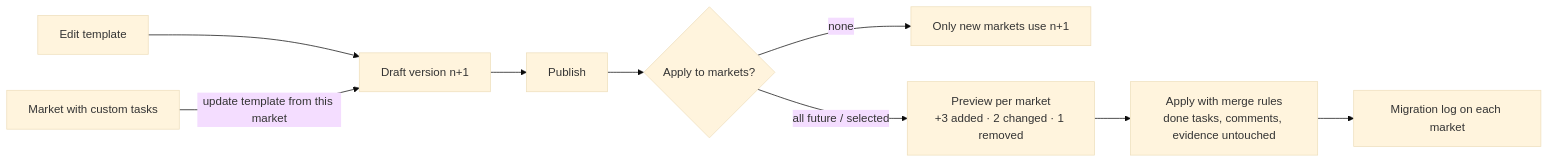
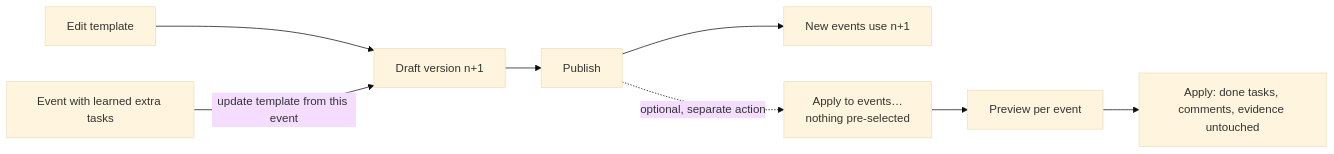
Before and after one commit to coelln-konzept/marktwerk: the fifth of 12 diagrams in docs/product/user-flows.md, drawn with Mermaid (base theme). The commit also changed other lines of this file and 36 other files, not shown here.

````diff
--- a/docs/product/user-flows.md
+++ b/docs/product/user-flows.md
@@ -55,11 +76,10 @@
 ```mermaid
 flowchart LR
     E[Edit template] --> DR[Draft version n+1]
     DR --> PUB[Publish]
-    PUB --> Q{Apply to markets?}
-    Q -->|none| END[Only new markets use n+1]
-    Q -->|all future / selected| PV[Preview per market<br/>+3 added · 2 changed · 1 removed]
-    PV --> AP[Apply with merge rules<br/>done tasks, comments, evidence untouched]
-    AP --> LOG[Migration log on each market]
-    MK[Market with custom tasks] -->|"update template from this market"| DR
+    PUB --> NEW[New events use n+1]
+    PUB -.->|optional, separate action| AP["Apply to events…"<br/>nothing pre-selected]
+    AP --> PV[Preview per event]
+    PV --> GO[Apply: done tasks, comments, evidence untouched]
+    EV[Event with learned extra tasks] -->|"update template from this event"| DR
 ```
````
